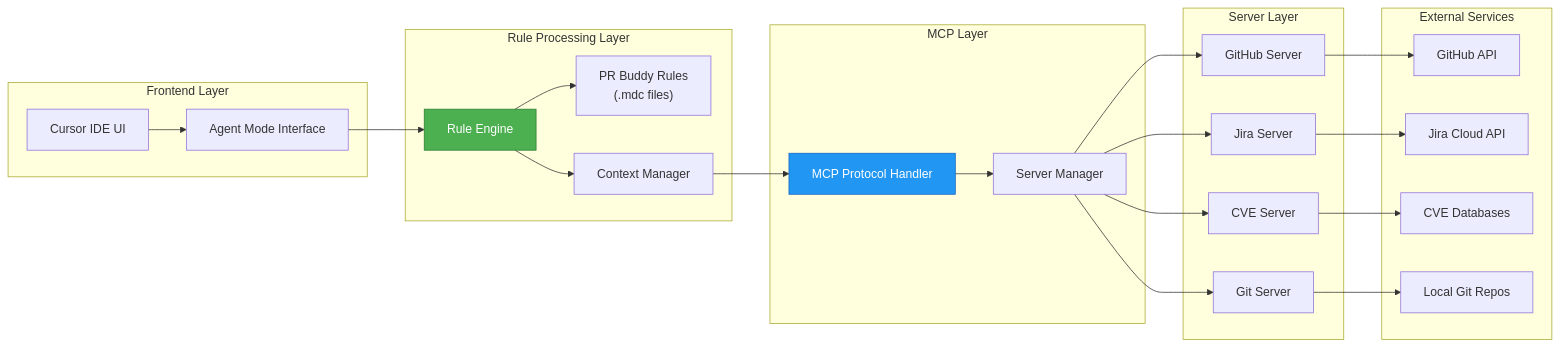
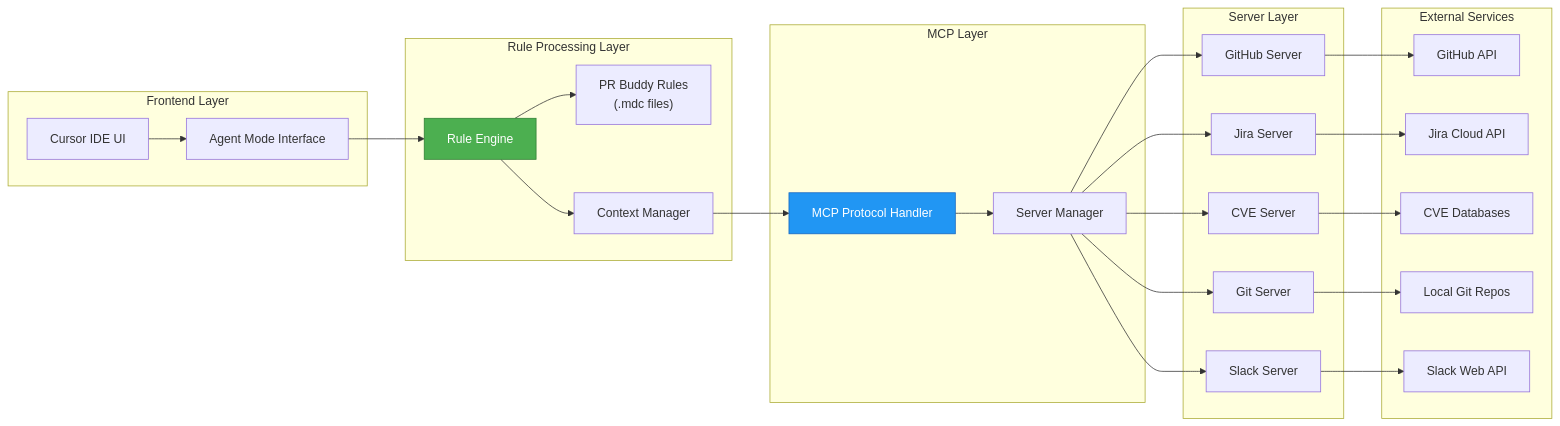
The second of 11 diagrams in docs/ARCHITECTURE.md (Arnabdaz/PR_Buddy), drawn with Mermaid before and after one commit. The commit also changed other lines of this file and 6 other files, not shown here.

First line of the commit message:
feat: add Slack MCP server as submodule

````diff
--- a/docs/ARCHITECTURE.md
+++ b/docs/ARCHITECTURE.md
@@ -68,52 +72,56 @@
 ```mermaid
 graph LR
     subgraph "Frontend Layer"
         CURSOR_UI["Cursor IDE UI"]
         AGENT_MODE["Agent Mode Interface"]
     end
 
     subgraph "Rule Processing Layer"
         RULE_ENGINE["Rule Engine"]
         PR_RULES["PR Buddy Rules<br/>(.mdc files)"]
         CONTEXT["Context Manager"]
     end
 
     subgraph "MCP Layer"
         MCP_PROTOCOL["MCP Protocol Handler"]
         SERVER_MANAGER["Server Manager"]
     end
 
     subgraph "Server Layer"
         GIT_SRV["Git Server"]
         GITHUB_SRV["GitHub Server"]
         JIRA_SRV["Jira Server"]
         CVE_SRV["CVE Server"]
+        SLACK_SRV["Slack Server"]
     end
 
     subgraph "External Services"
         GITHUB_API["GitHub API"]
         JIRA_API["Jira Cloud API"]
         CVE_DB["CVE Databases"]
         LOCAL_GIT["Local Git Repos"]
+        SLACK_API["Slack Web API"]
     end
 
     CURSOR_UI --> AGENT_MODE
     AGENT_MODE --> RULE_ENGINE
     RULE_ENGINE --> PR_RULES
     RULE_ENGINE --> CONTEXT
     CONTEXT --> MCP_PROTOCOL
     MCP_PROTOCOL --> SERVER_MANAGER
 
     SERVER_MANAGER --> GIT_SRV
     SERVER_MANAGER --> GITHUB_SRV
     SERVER_MANAGER --> JIRA_SRV
     SERVER_MANAGER --> CVE_SRV
+    SERVER_MANAGER --> SLACK_SRV
 
     GIT_SRV --> LOCAL_GIT
     GITHUB_SRV --> GITHUB_API
     JIRA_SRV --> JIRA_API
     CVE_SRV --> CVE_DB
+    SLACK_SRV --> SLACK_API
 
     style RULE_ENGINE fill:#4CAF50,stroke:#2E7D32,color:#fff
     style MCP_PROTOCOL fill:#2196F3,stroke:#1565C0,color:#fff
 ```
````
